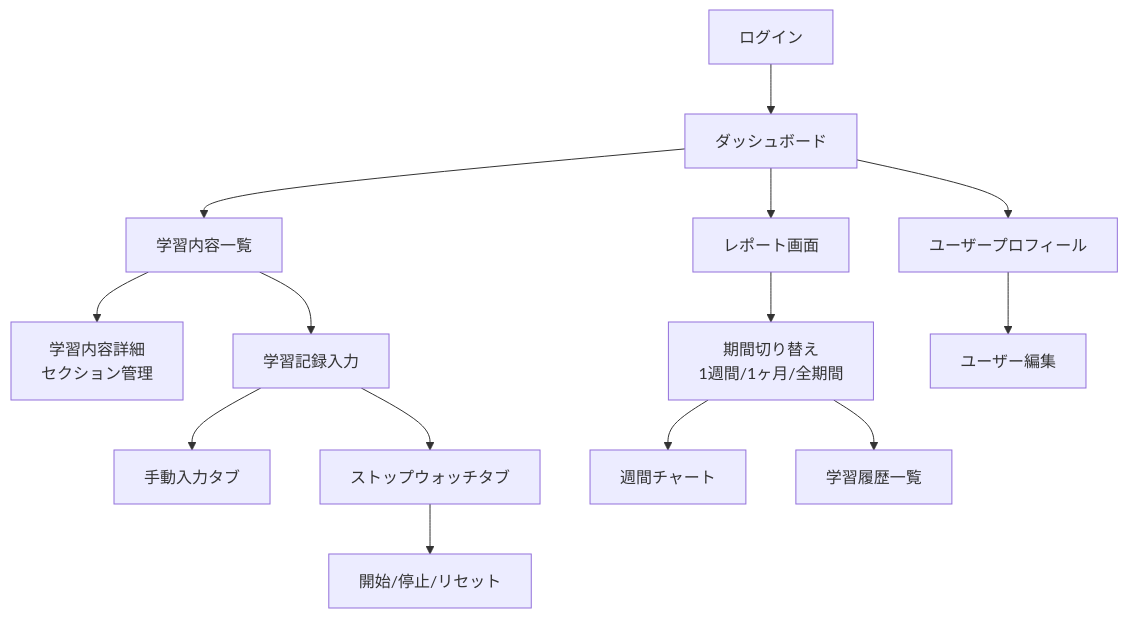
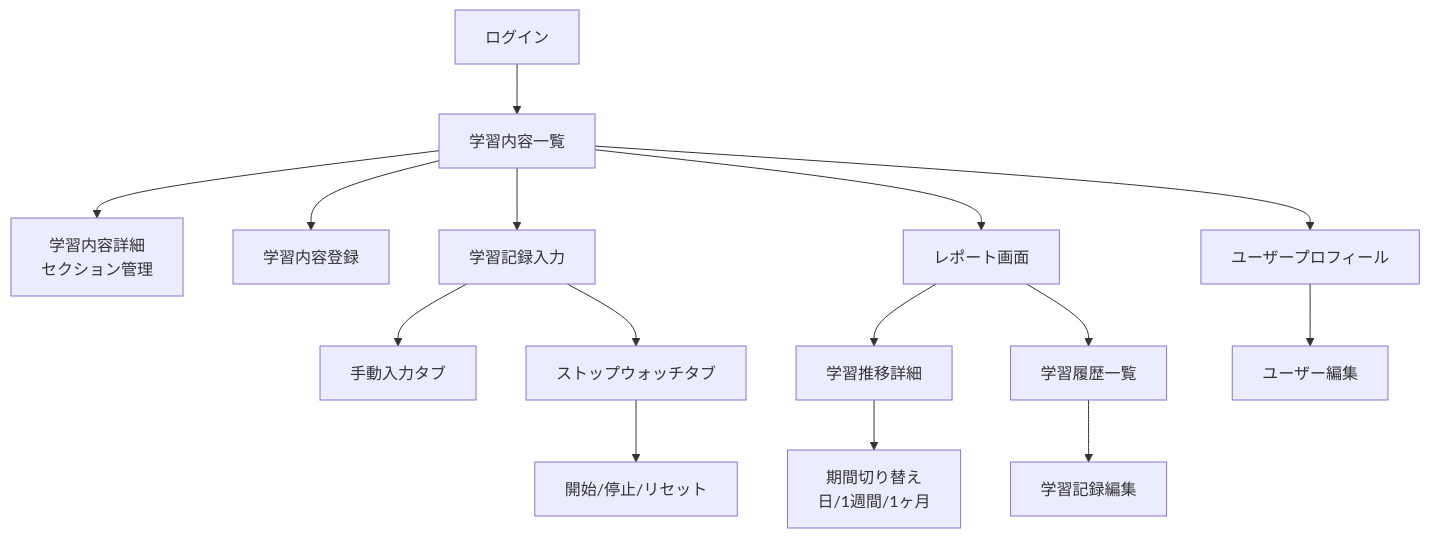
Before and after one commit to SHUN5872698/learn-track-pro: the first of 5 diagrams in .gemini/docs/project-infos/要件定義書.md, drawn with Mermaid. The commit also changed other lines of this file and 6 other files, not shown here.

````diff
--- a/.gemini/docs/project-infos/要件定義書.md
+++ b/.gemini/docs/project-infos/要件定義書.md
@@ -150,17 +152,18 @@
 ```mermaid
 flowchart TD
-    A[ログイン] --> B[ダッシュボード]
-    B --> C[学習内容一覧]
-    C --> D[学習内容詳細<br/>セクション管理]
-    C --> E[学習記録入力]
+    A[ログイン] --> B[学習内容一覧]
+    B --> C[学習内容詳細<br/>セクション管理]
+    B --> D[学習内容登録]
+    B --> E[学習記録入力]
     E --> F[手動入力タブ]
     E --> G[ストップウォッチタブ]
     G --> H[開始/停止/リセット]
     B --> I[レポート画面]
-    I --> J[期間切り替え<br/>1週間/1ヶ月/全期間]
-    J --> K[週間チャート]
-    J --> L[学習履歴一覧]
+    I --> J[学習推移詳細]
+    J --> K[期間切り替え<br/>日/1週間/1ヶ月]
+    I --> L[学習履歴一覧]
+    L --> O[学習記録編集]
     B --> M[ユーザープロフィール]
     M --> N[ユーザー編集]
 
 ```
````
